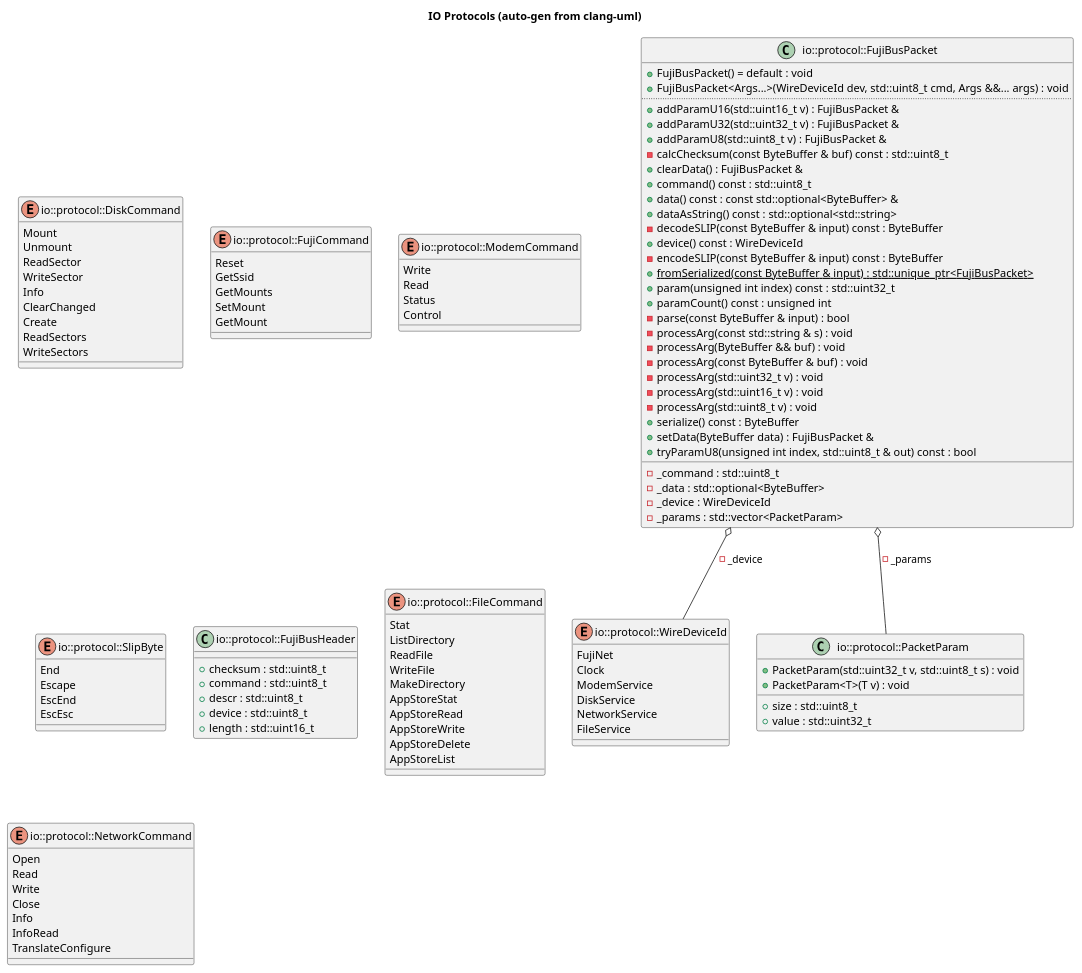
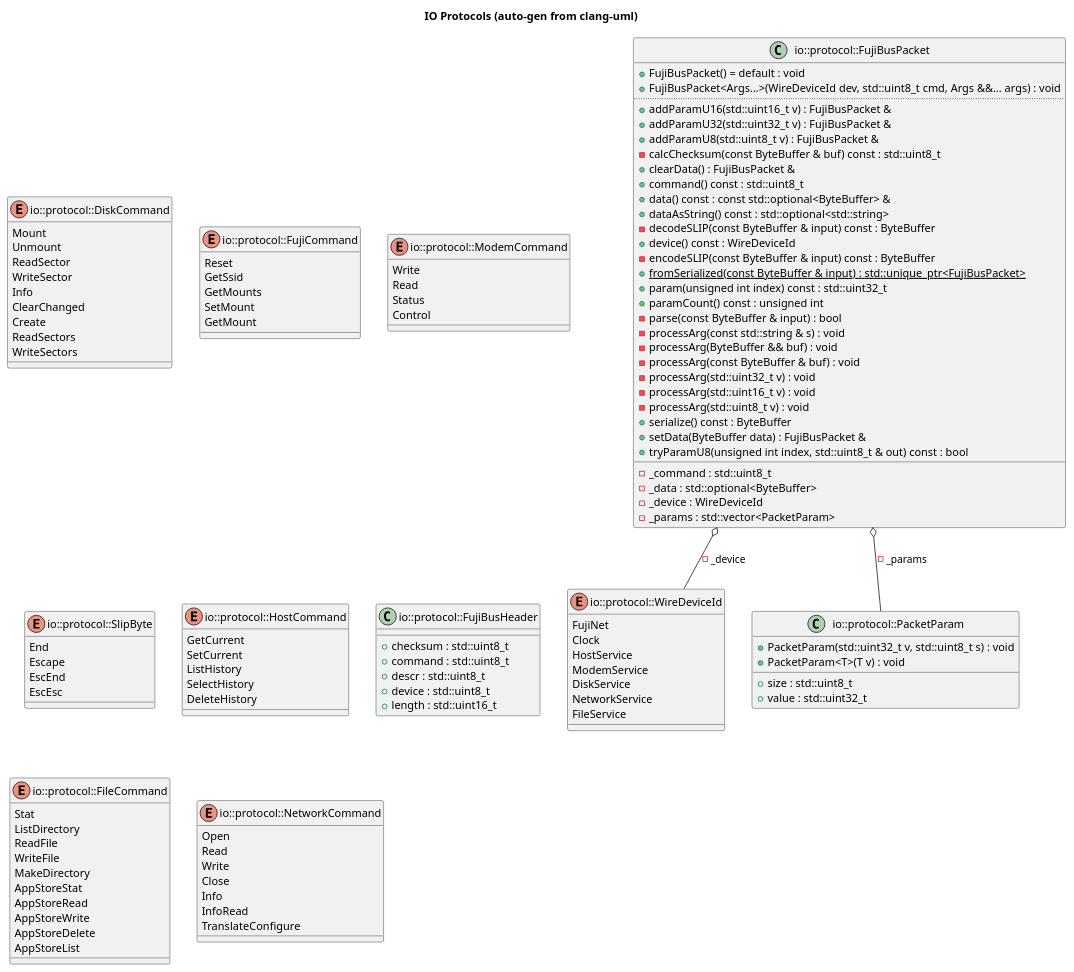
The diagram in docs/uml/gen_io_protocol.puml (markjfisher/fujinet-nio), drawn with PlantUML before and after one commit. The commit also changed 5 other files, not shown here.

Commit message:
chore: update auto-generated UML diagrams

```diff
--- a/docs/uml/gen_io_protocol.puml
+++ b/docs/uml/gen_io_protocol.puml
@@ -1,126 +1,135 @@
 @startuml
 title IO Protocols (auto-gen from clang-uml)
 enum "io::protocol::WireDeviceId" as C_0015225225004340369839
 enum C_0015225225004340369839 {
 FujiNet
 Clock
+HostService
 ModemService
 DiskService
 NetworkService
 FileService
 }
 enum "io::protocol::DiskCommand" as C_0015699043703645047876
 enum C_0015699043703645047876 {
 Mount
 Unmount
 ReadSector
 WriteSector
 Info
 ClearChanged
 Create
 ReadSectors
 WriteSectors
 }
 enum "io::protocol::FujiCommand" as C_0004628219160953719395
 enum C_0004628219160953719395 {
 Reset
 GetSsid
 GetMounts
 SetMount
 GetMount
 }
 enum "io::protocol::ModemCommand" as C_0010997942004027913014
 enum C_0010997942004027913014 {
 Write
 Read
 Status
 Control
 }
 enum "io::protocol::SlipByte" as C_0010627602090167488081
 enum C_0010627602090167488081 {
 End
 Escape
 EscEnd
 EscEsc
 }
 class "io::protocol::PacketParam" as C_0003277087640557799971
 class C_0003277087640557799971 {
 +PacketParam(std::uint32_t v, std::uint8_t s) : void
 +PacketParam<T>(T v) : void
 __
 +size : std::uint8_t
 +value : std::uint32_t
 }
 class "io::protocol::FujiBusPacket" as C_0017232777488057089840
 class C_0017232777488057089840 {
 +FujiBusPacket() = default : void
 +FujiBusPacket<Args...>(WireDeviceId dev, std::uint8_t cmd, Args &&... args) : void
 ..
 +addParamU16(std::uint16_t v) : FujiBusPacket &
 +addParamU32(std::uint32_t v) : FujiBusPacket &
 +addParamU8(std::uint8_t v) : FujiBusPacket &
 -calcChecksum(const ByteBuffer & buf) const : std::uint8_t
 +clearData() : FujiBusPacket &
 +command() const : std::uint8_t
 +data() const : const std::optional<ByteBuffer> &
 +dataAsString() const : std::optional<std::string>
 -decodeSLIP(const ByteBuffer & input) const : ByteBuffer
 +device() const : WireDeviceId
 -encodeSLIP(const ByteBuffer & input) const : ByteBuffer
 {static} +fromSerialized(const ByteBuffer & input) : std::unique_ptr<FujiBusPacket>
 +param(unsigned int index) const : std::uint32_t
 +paramCount() const : unsigned int
 -parse(const ByteBuffer & input) : bool
 -processArg(const std::string & s) : void
 -processArg(ByteBuffer && buf) : void
 -processArg(const ByteBuffer & buf) : void
 -processArg(std::uint32_t v) : void
 -processArg(std::uint16_t v) : void
 -processArg(std::uint8_t v) : void
 +serialize() const : ByteBuffer
 +setData(ByteBuffer data) : FujiBusPacket &
 +tryParamU8(unsigned int index, std::uint8_t & out) const : bool
 __
 -_command : std::uint8_t
 -_data : std::optional<ByteBuffer>
 -_device : WireDeviceId
 -_params : std::vector<PacketParam>
 }
+enum "io::protocol::HostCommand" as C_0007123260493549580442
+enum C_0007123260493549580442 {
+GetCurrent
+SetCurrent
+ListHistory
+SelectHistory
+DeleteHistory
+}
 class "io::protocol::FujiBusHeader" as C_0009954510640382192371
 class C_0009954510640382192371 {
 __
 +checksum : std::uint8_t
 +command : std::uint8_t
 +descr : std::uint8_t
 +device : std::uint8_t
 +length : std::uint16_t
 }
 enum "io::protocol::FileCommand" as C_0003895064208135060769
 enum C_0003895064208135060769 {
 Stat
 ListDirectory
 ReadFile
 WriteFile
 MakeDirectory
 AppStoreStat
 AppStoreRead
 AppStoreWrite
 AppStoreDelete
 AppStoreList
 }
 enum "io::protocol::NetworkCommand" as C_0007700754280455587098
 enum C_0007700754280455587098 {
 Open
 Read
 Write
 Close
 Info
 InfoRead
 TranslateConfigure
 }
 C_0017232777488057089840 o-- C_0015225225004340369839 : -_device
 C_0017232777488057089840 o-- C_0003277087640557799971 : -_params
 
 'Generated with clang-uml, version 0.6.3
 'LLVM version Ubuntu clang version 18.1.3 (1ubuntu1)
 @enduml
```
